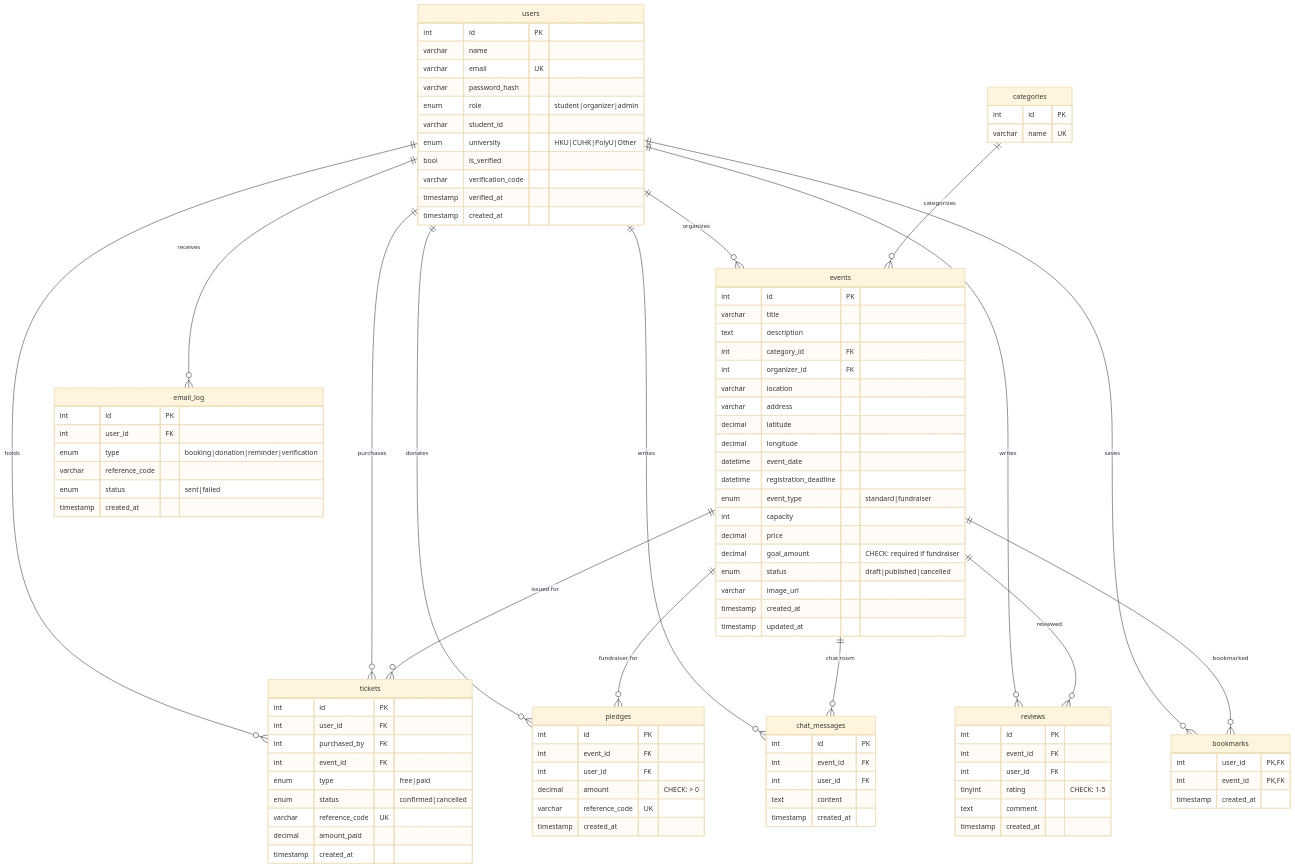
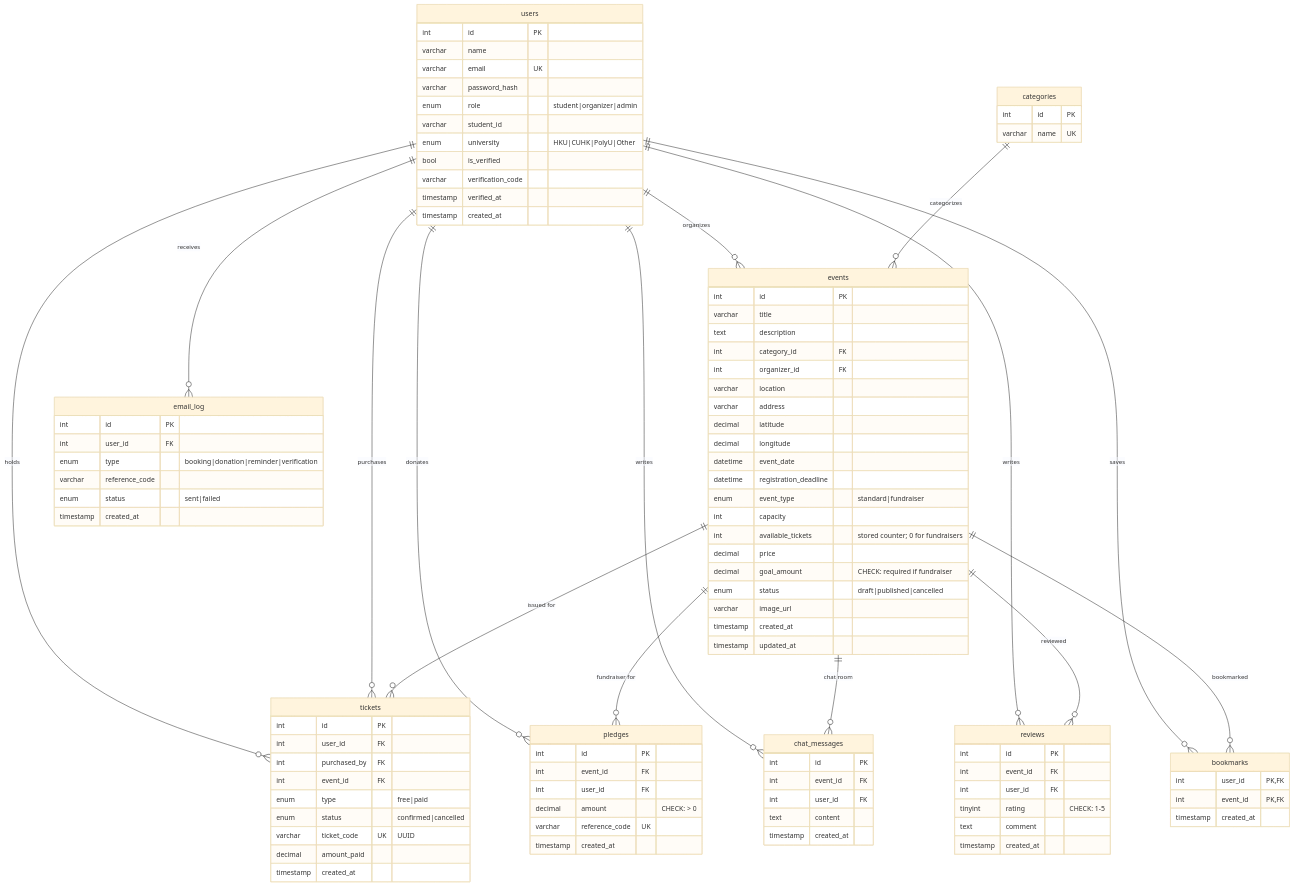
Before and after one commit to fttcata/hk-student-event-finder: the diagram in database/ER_DIAGRAM.md, drawn with Mermaid (base theme). The commit also changed other lines of this file and 6 other files, not shown here.

```diff
--- a/database/ER_DIAGRAM.md
+++ b/database/ER_DIAGRAM.md
@@ -52,6 +52,7 @@
         datetime registration_deadline
         enum event_type "standard|fundraiser"
         int capacity
+        int available_tickets "stored counter; 0 for fundraisers"
         decimal price
         decimal goal_amount "CHECK: required if fundraiser"
         enum status "draft|published|cancelled"
@@ -67,7 +68,7 @@
         int event_id FK
         enum type "free|paid"
         enum status "confirmed|cancelled"
-        varchar reference_code UK
+        varchar ticket_code UK "UUID"
         decimal amount_paid
         timestamp created_at
     }
```
